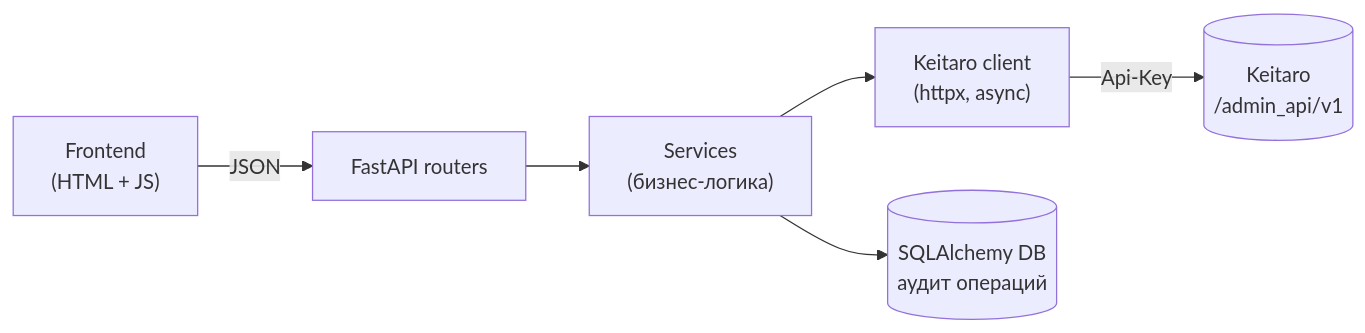
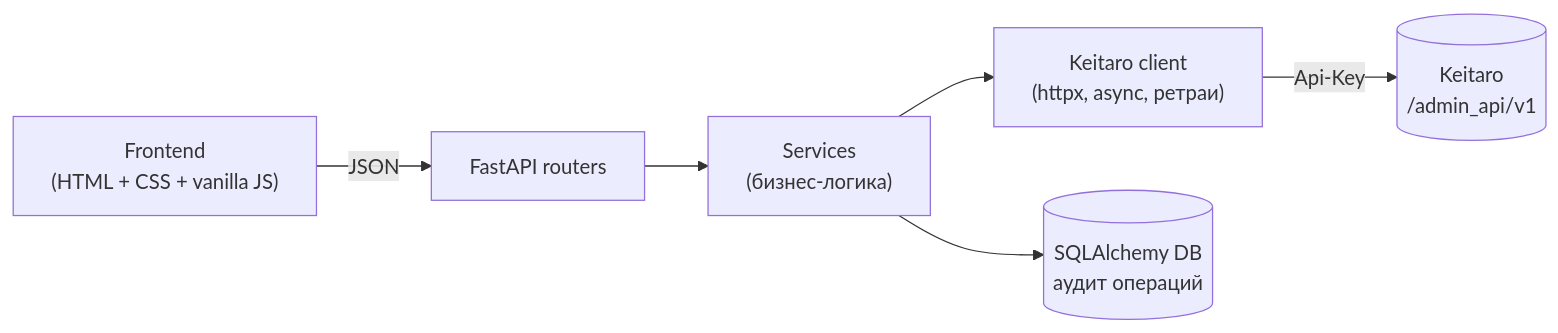
The diagram in docs/ARCHITECTURE.ru.md (shakha1210-pixel/adrobot-keitaro), drawn with Mermaid before and after one commit. The commit also changed other lines of this file and 4 other files, not shown here.

Commit message:
docs: bilingual READMEs, architecture and license

````diff
--- a/docs/ARCHITECTURE.ru.md
+++ b/docs/ARCHITECTURE.ru.md
@@ -27,8 +27,8 @@
 ```mermaid
 flowchart LR
-    UI["Frontend<br/>(HTML + JS)"] -->|JSON| R["FastAPI routers"]
+    UI["Frontend<br/>(HTML + CSS + vanilla JS)"] -->|JSON| R["FastAPI routers"]
     R --> S["Services<br/>(бизнес-логика)"]
-    S --> K["Keitaro client<br/>(httpx, async)"]
+    S --> K["Keitaro client<br/>(httpx, async, ретраи)"]
     K -->|"Api-Key"| KT[("Keitaro<br/>/admin_api/v1")]
     S --> DB[("SQLAlchemy DB<br/>аудит операций")]
 ```
````
